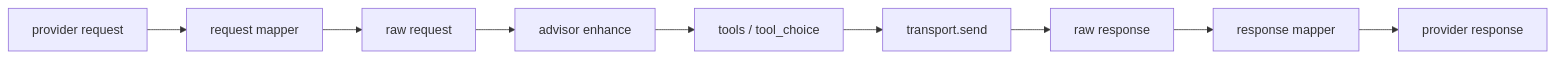
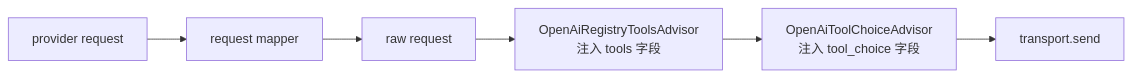
One commit to Halcyonsong/liteagent-template changed the second of 3 diagrams in liteagent-provider-openai/README.md. Above: the diagram before and after it, drawn with Mermaid. The commit also changed other lines of this file and 95 other files, not shown here.

````diff
--- a/liteagent-provider-openai/README.md
+++ b/liteagent-provider-openai/README.md
@@ -123,11 +150,8 @@
 ```mermaid
 flowchart LR
-    A[provider request] --> B[request mapper]
-    B --> C[raw request]
-    C --> D[advisor enhance]
-    D --> E[tools / tool_choice]
-    E --> F[transport.send]
-    F --> G[raw response]
-    G --> H[response mapper]
-    H --> I[provider response]
+    A["provider request"] --> B["request mapper"]
+    B --> C["raw request"]
+    C --> D["OpenAiRegistryToolsAdvisor<br/>注入 tools 字段"]
+    D --> E["OpenAiToolChoiceAdvisor<br/>注入 tool_choice 字段"]
+    E --> F["transport.send"]
 ```
````
